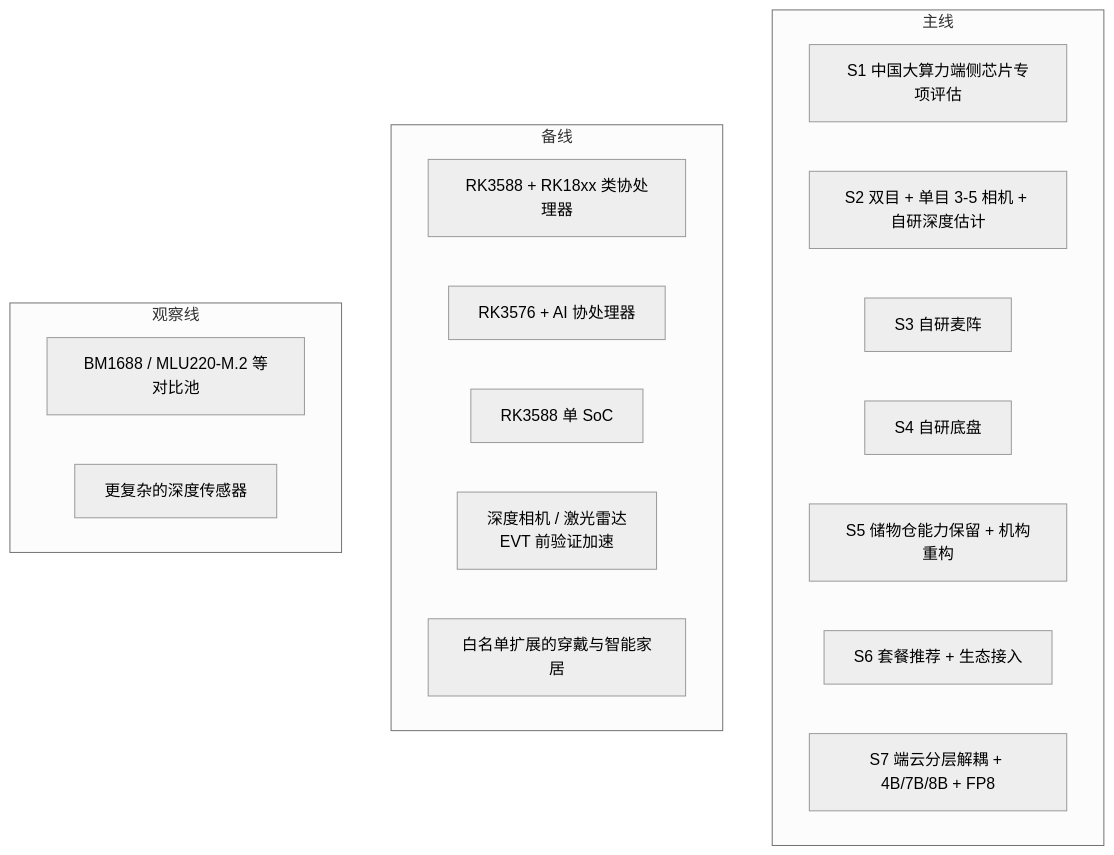
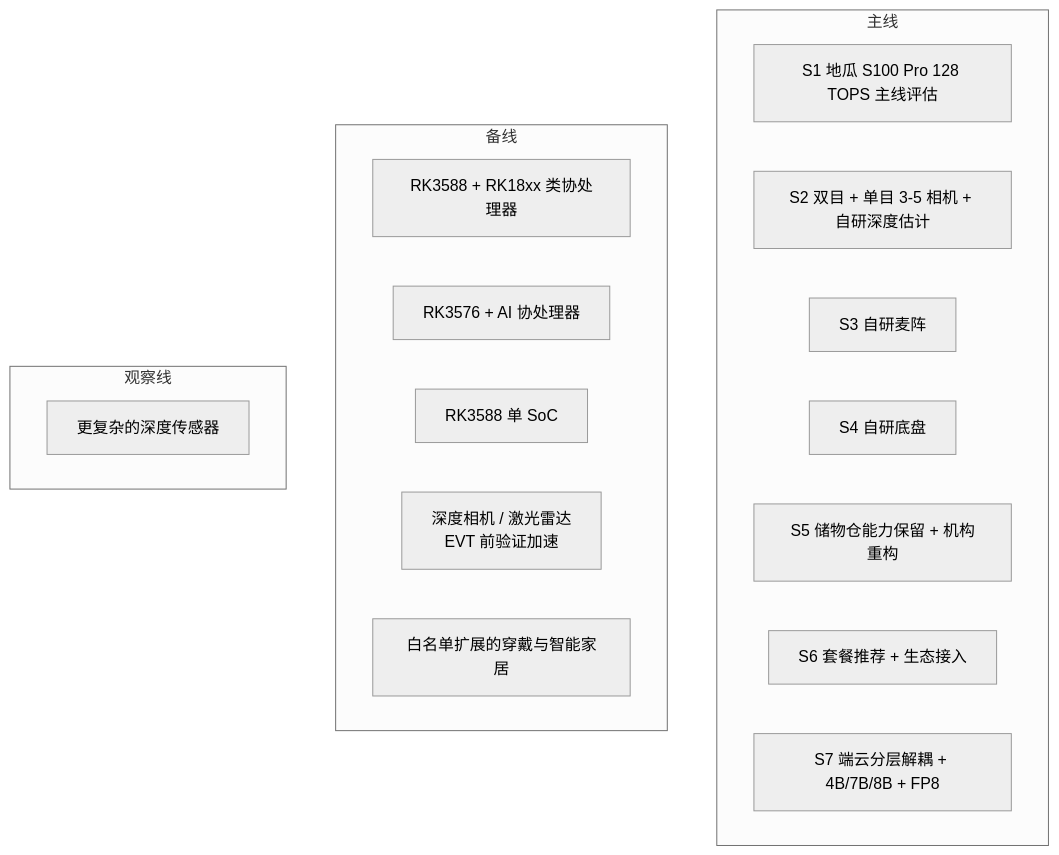
One commit to hlm12348765/Kinbot_OODA changed the diagram in docs/软硬件选型矩阵.md. Above: the diagram before and after it, drawn with Mermaid (neutral theme). The commit also changed other lines of this file and 9 other files, not shown here.

````diff
--- a/docs/软硬件选型矩阵.md
+++ b/docs/软硬件选型矩阵.md
@@ -89,25 +90,24 @@
 ```mermaid
 flowchart TB
     subgraph 主线
-        M1[S1 中国大算力端侧芯片专项评估]
+        M1[S1 地瓜 S100 Pro 128 TOPS 主线评估]
         M2[S2 双目 + 单目 3-5 相机 + 自研深度估计]
         M3[S3 自研麦阵]
         M4[S4 自研底盘]
         M5[S5 储物仓能力保留 + 机构重构]
         M6[S6 套餐推荐 + 生态接入]
         M7[S7 端云分层解耦 + 4B/7B/8B + FP8]
     end
 
     subgraph 备线
         B1[RK3588 + RK18xx 类协处理器]
         B2[RK3576 + AI 协处理器]
         B3[RK3588 单 SoC]
         B4[深度相机 / 激光雷达<br/>EVT 前验证加速]
         B5[白名单扩展的穿戴与智能家居]
     end
 
     subgraph 观察线
-        O1[BM1688 / MLU220-M.2 等对比池]
-        O2[更复杂的深度传感器]
+        O1[更复杂的深度传感器]
     end
 ```
````
